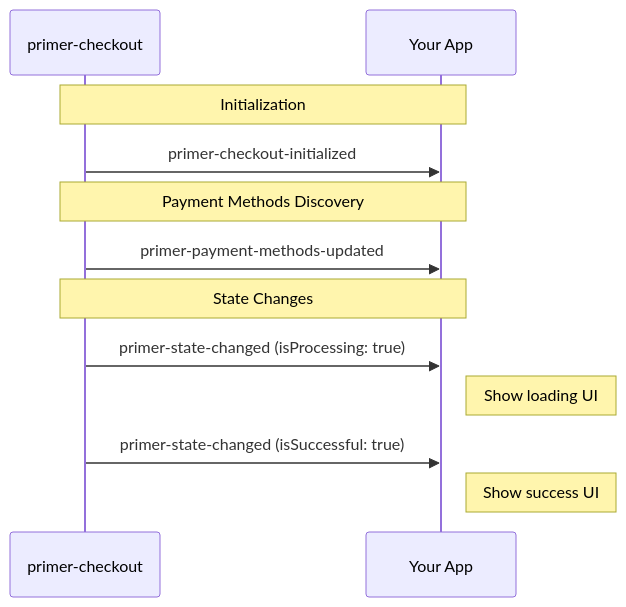
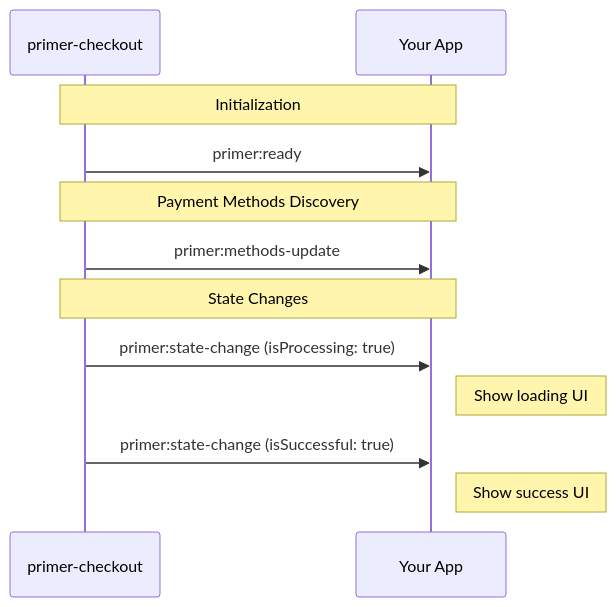
The third of 4 diagrams in docs/general-docs/documentation/layout-customizations-guide.md (primer-io/examples), drawn with Mermaid before and after one commit. The commit also changed other lines of this file and 19 other files, not shown here.

````diff
--- a/docs/general-docs/documentation/layout-customizations-guide.md
+++ b/docs/general-docs/documentation/layout-customizations-guide.md
@@ -202,17 +202,17 @@
 ```mermaid
 sequenceDiagram
     participant Checkout as primer-checkout
     participant Your App
 
     Note over Checkout,Your App: Initialization
-    Checkout->>Your App: primer-checkout-initialized
+    Checkout->>Your App: primer:ready
 
     Note over Checkout,Your App: Payment Methods Discovery
-    Checkout->>Your App: primer-payment-methods-updated
+    Checkout->>Your App: primer:methods-update
 
     Note over Checkout,Your App: State Changes
-    Checkout->>Your App: primer-state-changed (isProcessing: true)
+    Checkout->>Your App: primer:state-change (isProcessing: true)
     Note right of Your App: Show loading UI
-    Checkout->>Your App: primer-state-changed (isSuccessful: true)
+    Checkout->>Your App: primer:state-change (isSuccessful: true)
     Note right of Your App: Show success UI
 ```
````
